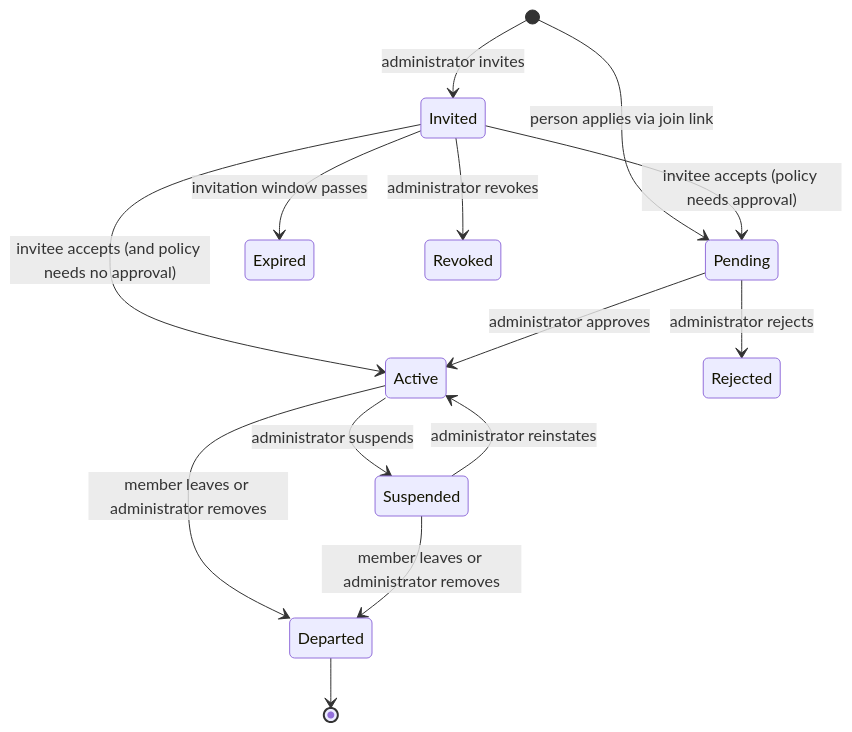
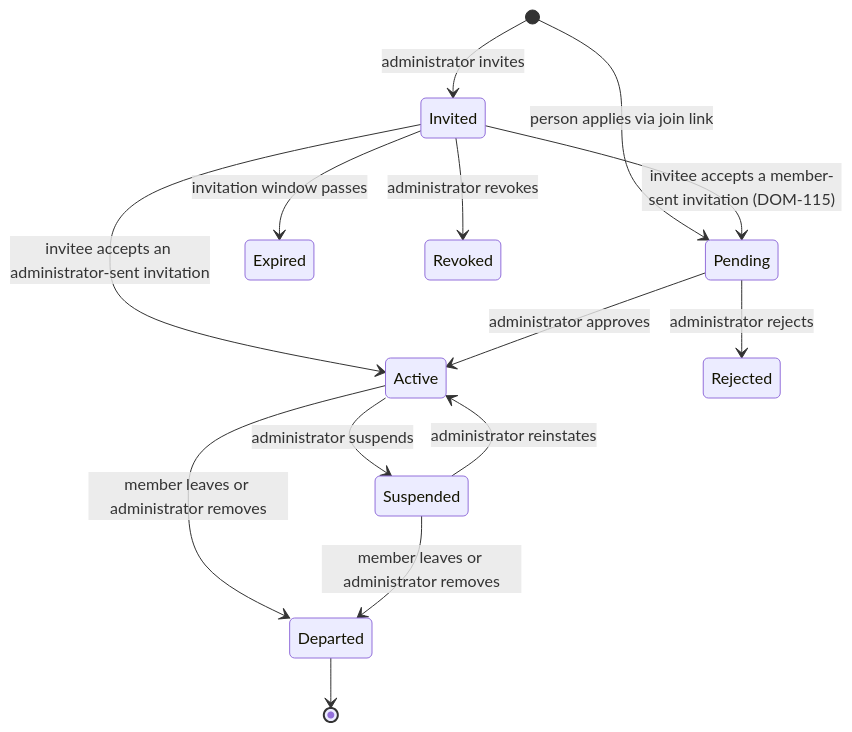
One commit to djshellshoxxx/circula changed the third of 5 diagrams in docs/specs/03-domain-model-and-mutual-credit-rules.md. Above: the diagram before and after it, drawn with Mermaid. The commit also changed other lines of this file and 4 other files, not shown here.

````diff
--- a/docs/specs/03-domain-model-and-mutual-credit-rules.md
+++ b/docs/specs/03-domain-model-and-mutual-credit-rules.md
@@ -112,16 +112,16 @@
 ```mermaid
 stateDiagram-v2
     [*] --> Invited : administrator invites
     [*] --> Pending : person applies via join link
-    Invited --> Active : invitee accepts (and policy needs no approval)
-    Invited --> Pending : invitee accepts (policy needs approval)
+    Invited --> Active : invitee accepts an administrator-sent invitation
+    Invited --> Pending : invitee accepts a member-sent invitation (DOM-115)
     Invited --> Expired : invitation window passes
     Invited --> Revoked : administrator revokes
     Pending --> Active : administrator approves
     Pending --> Rejected : administrator rejects
     Active --> Suspended : administrator suspends
     Suspended --> Active : administrator reinstates
     Active --> Departed : member leaves or administrator removes
     Suspended --> Departed : member leaves or administrator removes
     Departed --> [*]
 ```
````
